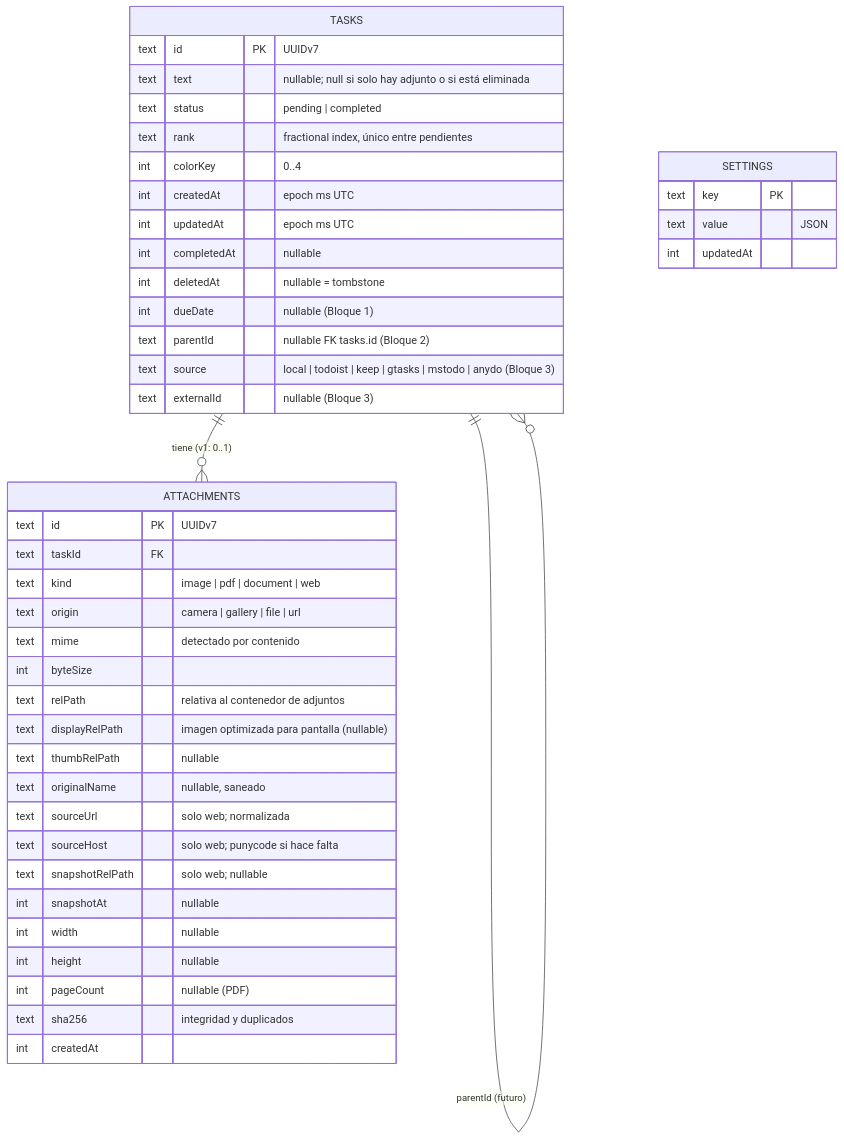
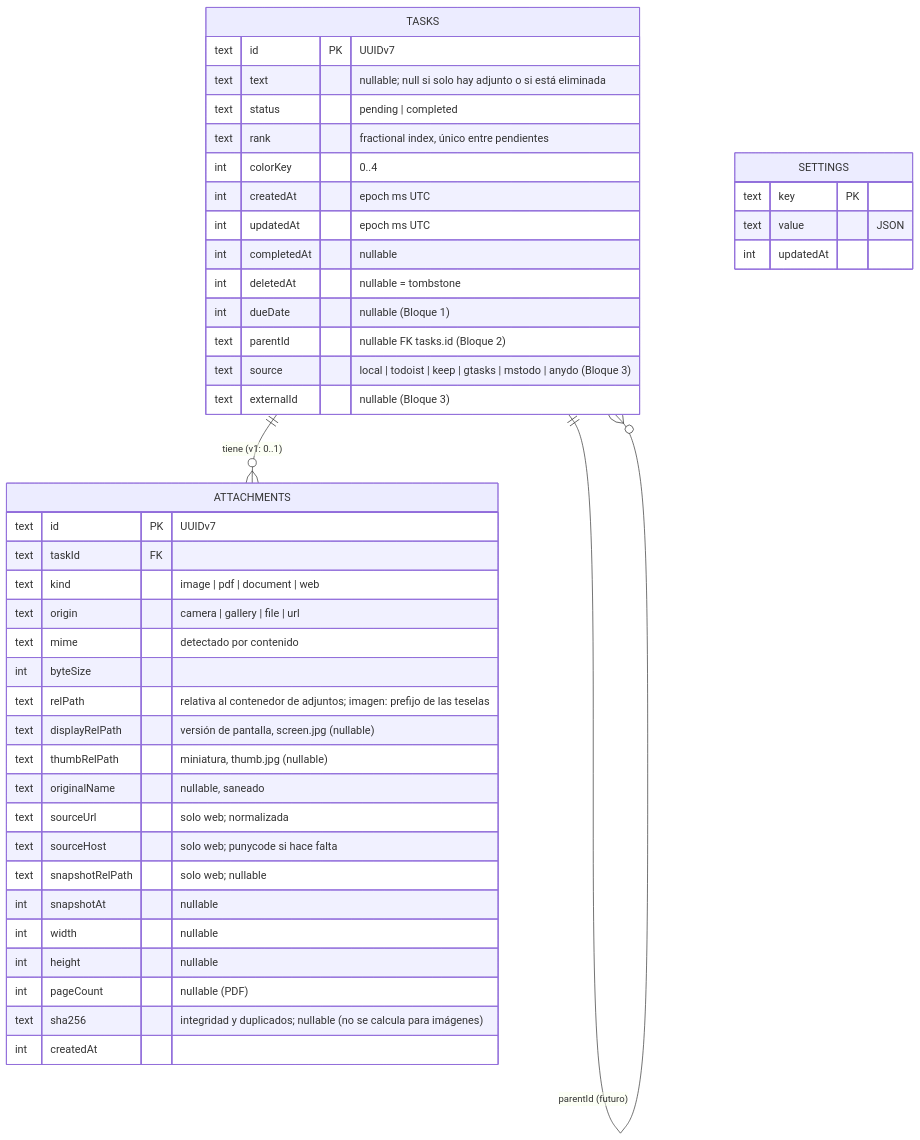
The third of 4 diagrams in docs/architecture.md (svallev/una), drawn with Mermaid before and after one commit. The commit also changed other lines of this file and 150 other files, not shown here.

````diff
--- a/docs/architecture.md
+++ b/docs/architecture.md
@@ -93,46 +93,46 @@
 ```mermaid
 erDiagram
   TASKS ||--o{ ATTACHMENTS : "tiene (v1: 0..1)"
   TASKS ||--o{ TASKS : "parentId (futuro)"
   TASKS {
     text id PK "UUIDv7"
     text text "nullable; null si solo hay adjunto o si está eliminada"
     text status "pending | completed"
     text rank "fractional index, único entre pendientes"
     int colorKey "0..4"
     int createdAt "epoch ms UTC"
     int updatedAt "epoch ms UTC"
     int completedAt "nullable"
     int deletedAt "nullable = tombstone"
     int dueDate "nullable (Bloque 1)"
     text parentId "nullable FK tasks.id (Bloque 2)"
     text source "local | todoist | keep | gtasks | mstodo | anydo (Bloque 3)"
     text externalId "nullable (Bloque 3)"
   }
   ATTACHMENTS {
     text id PK "UUIDv7"
     text taskId FK
     text kind "image | pdf | document | web"
     text origin "camera | gallery | file | url"
     text mime "detectado por contenido"
     int byteSize
-    text relPath "relativa al contenedor de adjuntos"
-    text displayRelPath "imagen optimizada para pantalla (nullable)"
-    text thumbRelPath "nullable"
+    text relPath "relativa al contenedor de adjuntos; imagen: prefijo de las teselas"
+    text displayRelPath "versión de pantalla, screen.jpg (nullable)"
+    text thumbRelPath "miniatura, thumb.jpg (nullable)"
     text originalName "nullable, saneado"
     text sourceUrl "solo web; normalizada"
     text sourceHost "solo web; punycode si hace falta"
     text snapshotRelPath "solo web; nullable"
     int snapshotAt "nullable"
     int width "nullable"
     int height "nullable"
     int pageCount "nullable (PDF)"
-    text sha256 "integridad y duplicados"
+    text sha256 "integridad y duplicados; nullable (no se calcula para imágenes)"
     int createdAt
   }
   SETTINGS {
     text key PK
     text value "JSON"
     int updatedAt
   }
 ```
````
